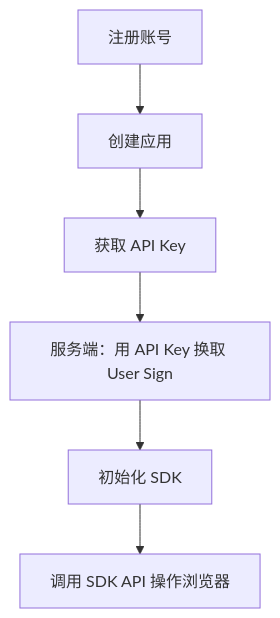
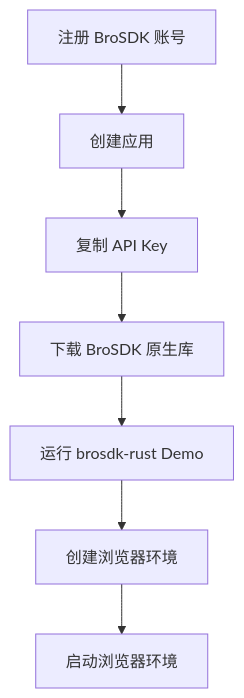
The diagram in docs/quick-start.md (browsersdk/brosdk-docs), drawn with Mermaid before and after one commit. The commit also changed other lines of this file and 6 other files, not shown here.

Commit message:
docs: update quick start rust demo guide

````diff
--- a/docs/quick-start.md
+++ b/docs/quick-start.md
@@ -19,8 +9,9 @@
 ```mermaid
 graph TD
-    A[注册账号] --> B[创建应用]
-    B --> C[获取 API Key]
-    C --> D[服务端：用 API Key 换取 User Sign]
-    D --> E[初始化 SDK]
-    E --> F[调用 SDK API 操作浏览器]
+    A[注册 BroSDK 账号] --> B[创建应用]
+    B --> C[复制 API Key]
+    C --> D[下载 BroSDK 原生库]
+    D --> E[运行 brosdk-rust Demo]
+    E --> F[创建浏览器环境]
+    F --> G[启动浏览器环境]
 ```
````
